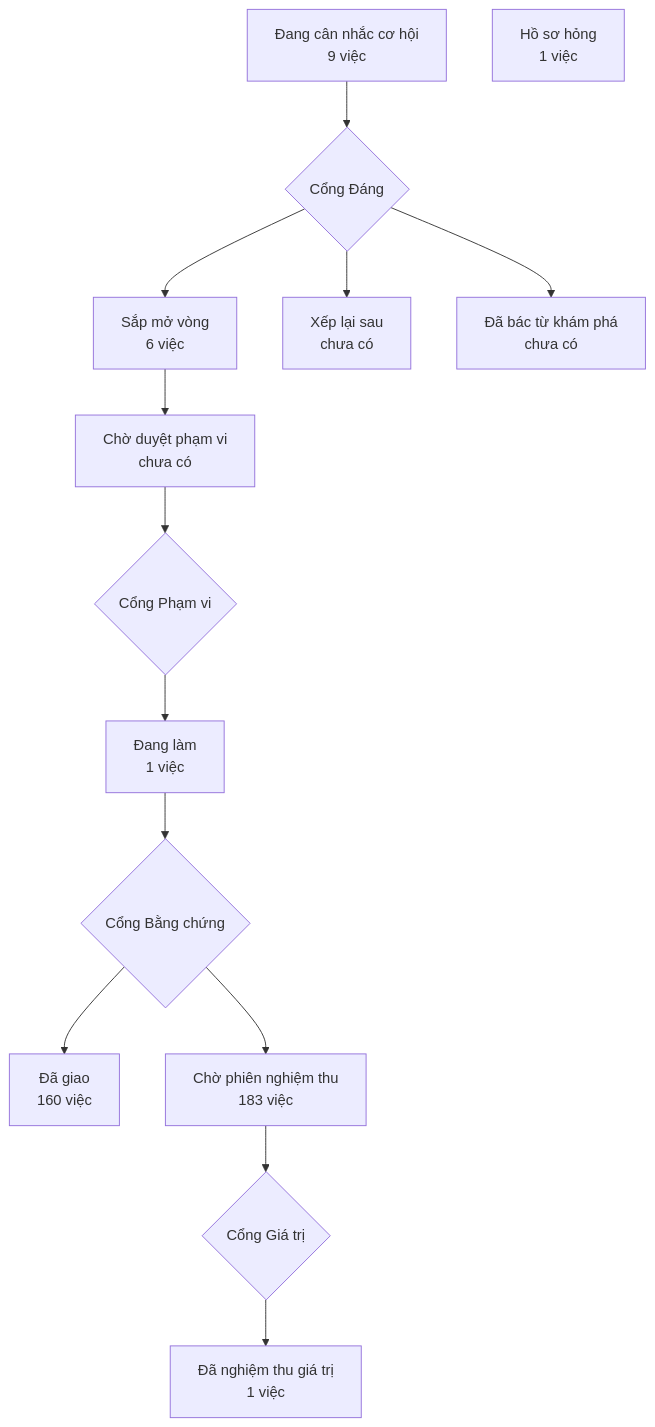
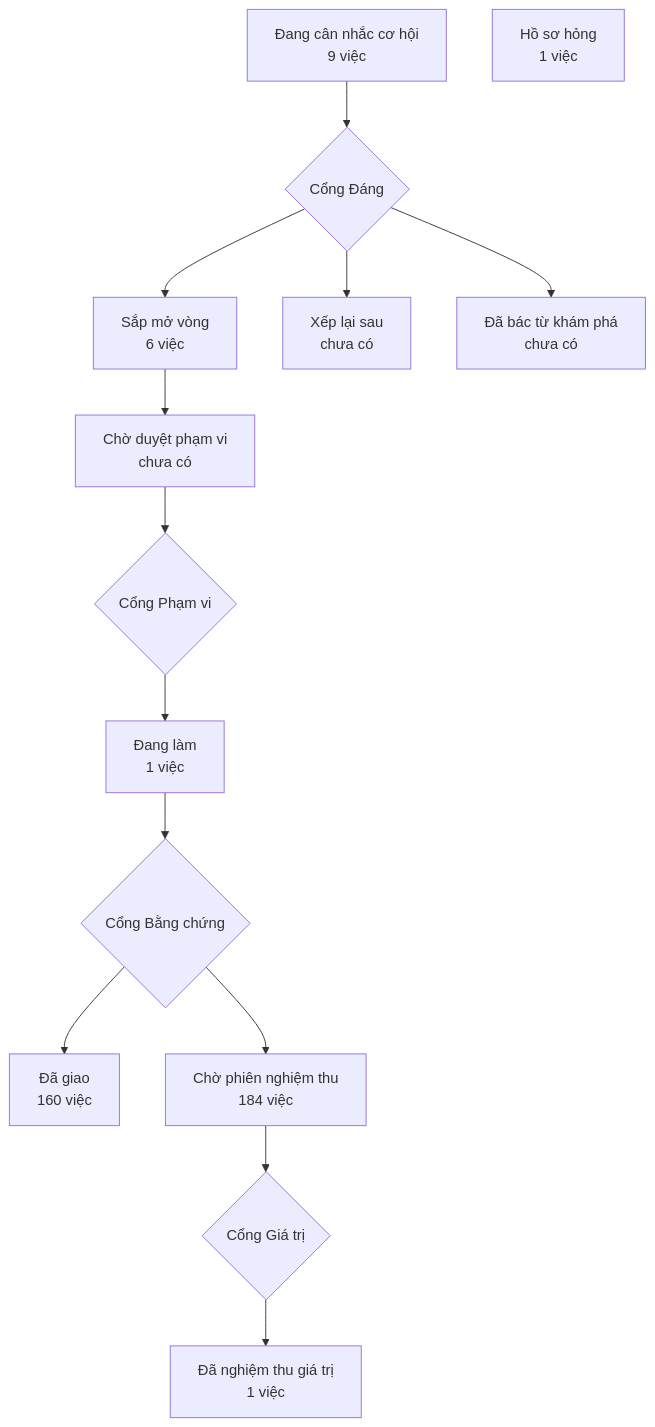
The diagram in PRODUCT-MAP.md (phanlemanh/crm-onehub), drawn with Mermaid before and after one commit. The commit also changed 1 other file, not shown here.

Commit message:
chore(bam-kr-mo-chi-tiet-kr): vẽ lại bản đồ sản phẩm từ bản sạch sau khi gộp onehub (#553)

````diff
--- a/PRODUCT-MAP.md
+++ b/PRODUCT-MAP.md
@@ -7,13 +7,13 @@
 ```mermaid
 flowchart TD
   A["Đang cân nhắc cơ hội<br/>9 việc"] --> GD{"Cổng Đáng"}
   GD --> B["Sắp mở vòng<br/>6 việc"]
   GD --> XL["Xếp lại sau<br/>chưa có"]
   GD --> DB["Đã bác từ khám phá<br/>chưa có"]
   B --> CD["Chờ duyệt phạm vi<br/>chưa có"] --> GP{"Cổng Phạm vi"}
   GP --> DL["Đang làm<br/>1 việc"] --> GB{"Cổng Bằng chứng"}
   GB --> DG["Đã giao<br/>160 việc"]
-  GB --> CN["Chờ phiên nghiệm thu<br/>183 việc"] --> GG{"Cổng Giá trị"}
+  GB --> CN["Chờ phiên nghiệm thu<br/>184 việc"] --> GG{"Cổng Giá trị"}
   GG --> NT["Đã nghiệm thu giá trị<br/>1 việc"]
   HS["Hồ sơ hỏng<br/>1 việc"]
 ```
````
